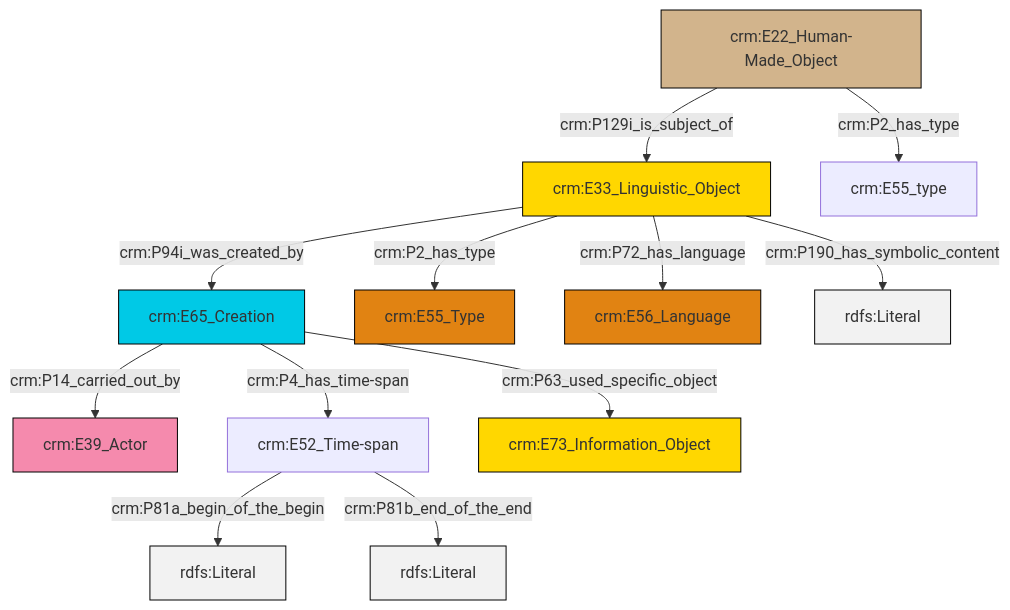
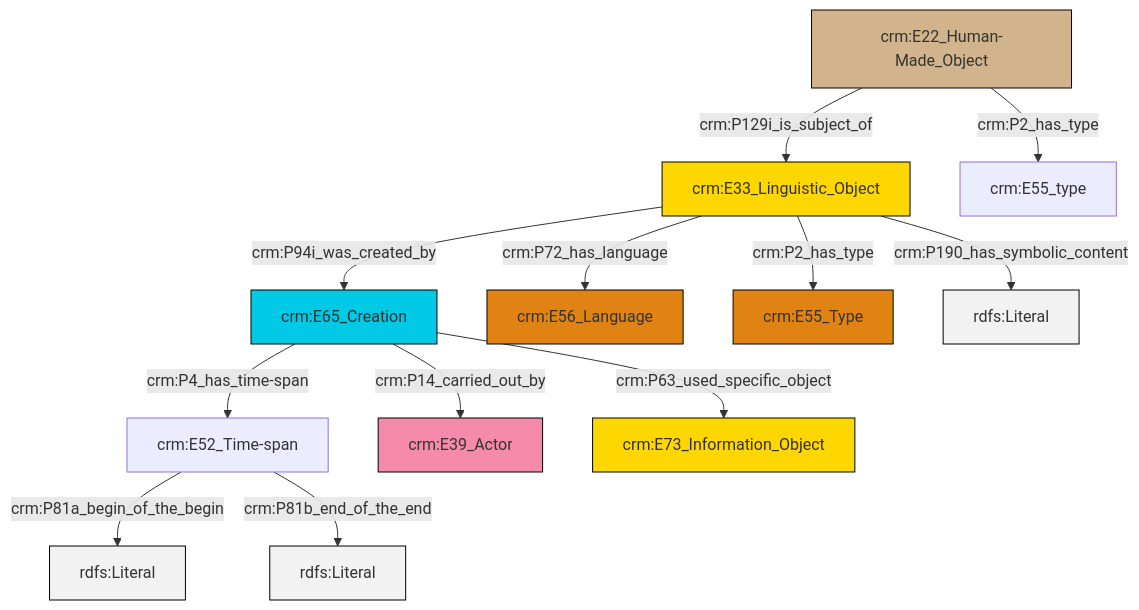
One commit to swiss-art-research-net/reference-data-models changed the diagram in et/artworkCSV/ttl/mmd/Artwork_Description.ttl.mmd. Above: the diagram before and after it, drawn with Mermaid. The commit also changed 128 other files, not shown here.

```diff
--- a/et/artworkCSV/ttl/mmd/Artwork_Description.ttl.mmd
+++ b/et/artworkCSV/ttl/mmd/Artwork_Description.ttl.mmd
@@ -1,26 +1,26 @@
 graph TD
 classDef Literal fill:#f2f2f2,stroke:#000000;
 classDef CRM_Entity fill:#FFFFFF,stroke:#000000;
 classDef Temporal_Entity fill:#00C9E6, stroke:#000000;
 classDef Type fill:#E18312, stroke:#000000;
 classDef Time-Span fill:#2C9C91, stroke:#000000;
 classDef Appellation fill:#FFEB7F, stroke:#000000;
 classDef Place fill:#008836, stroke:#000000;
 classDef Persistent_Item fill:#B266B2, stroke:#000000;
 classDef Conceptual_Object fill:#FFD700, stroke:#000000;
 classDef Physical_Thing fill:#D2B48C, stroke:#000000;
 classDef Actor fill:#f58aad, stroke:#000000;
 classDef PC_Classes fill:#4ce600, stroke:#000000;
 classDef Multi fill:#cccccc,stroke:#000000;
 
-4["crm:E65_Creation"]:::Temporal_Entity -->|crm:P63_used_specific_object| 5["crm:E73_Information_Object"]:::Conceptual_Object
-6["crm:E33_Linguistic_Object"]:::Conceptual_Object -->|crm:P2_has_type| 7["crm:E55_Type"]:::Type
-6["crm:E33_Linguistic_Object"]:::Conceptual_Object -->|crm:P72_has_language| 10["crm:E56_Language"]:::Type
-11["crm:E22_Human-Made_Object"]:::Physical_Thing -->|crm:P129i_is_subject_of| 6["crm:E33_Linguistic_Object"]:::Conceptual_Object
-6["crm:E33_Linguistic_Object"]:::Conceptual_Object -->|crm:P190_has_symbolic_content| 14[rdfs:Literal]:::Literal
-6["crm:E33_Linguistic_Object"]:::Conceptual_Object -->|crm:P94i_was_created_by| 4["crm:E65_Creation"]:::Temporal_Entity
-11["crm:E22_Human-Made_Object"]:::Physical_Thing -->|crm:P2_has_type| 8["crm:E55_type"]:::Default
-2["crm:E52_Time-span"]:::Default -->|crm:P81a_begin_of_the_begin| 15[rdfs:Literal]:::Literal
-4["crm:E65_Creation"]:::Temporal_Entity -->|crm:P4_has_time-span| 2["crm:E52_Time-span"]:::Default
-4["crm:E65_Creation"]:::Temporal_Entity -->|crm:P14_carried_out_by| 0["crm:E39_Actor"]:::Actor
-2["crm:E52_Time-span"]:::Default -->|crm:P81b_end_of_the_end| 18[rdfs:Literal]:::Literal
+0["crm:E65_Creation"]:::Temporal_Entity -->|crm:P4_has_time-span| 1["crm:E52_Time-span"]:::Default
+0["crm:E65_Creation"]:::Temporal_Entity -->|crm:P14_carried_out_by| 2["crm:E39_Actor"]:::Actor
+5["crm:E22_Human-Made_Object"]:::Physical_Thing -->|crm:P129i_is_subject_of| 6["crm:E33_Linguistic_Object"]:::Conceptual_Object
+6["crm:E33_Linguistic_Object"]:::Conceptual_Object -->|crm:P2_has_type| 8["crm:E55_Type"]:::Type
+6["crm:E33_Linguistic_Object"]:::Conceptual_Object -->|crm:P94i_was_created_by| 0["crm:E65_Creation"]:::Temporal_Entity
+6["crm:E33_Linguistic_Object"]:::Conceptual_Object -->|crm:P190_has_symbolic_content| 10[rdfs:Literal]:::Literal
+6["crm:E33_Linguistic_Object"]:::Conceptual_Object -->|crm:P72_has_language| 3["crm:E56_Language"]:::Type
+1["crm:E52_Time-span"]:::Default -->|crm:P81a_begin_of_the_begin| 16[rdfs:Literal]:::Literal
+0["crm:E65_Creation"]:::Temporal_Entity -->|crm:P63_used_specific_object| 11["crm:E73_Information_Object"]:::Conceptual_Object
+5["crm:E22_Human-Made_Object"]:::Physical_Thing -->|crm:P2_has_type| 14["crm:E55_type"]:::Default
+1["crm:E52_Time-span"]:::Default -->|crm:P81b_end_of_the_end| 20[rdfs:Literal]:::Literal
```
